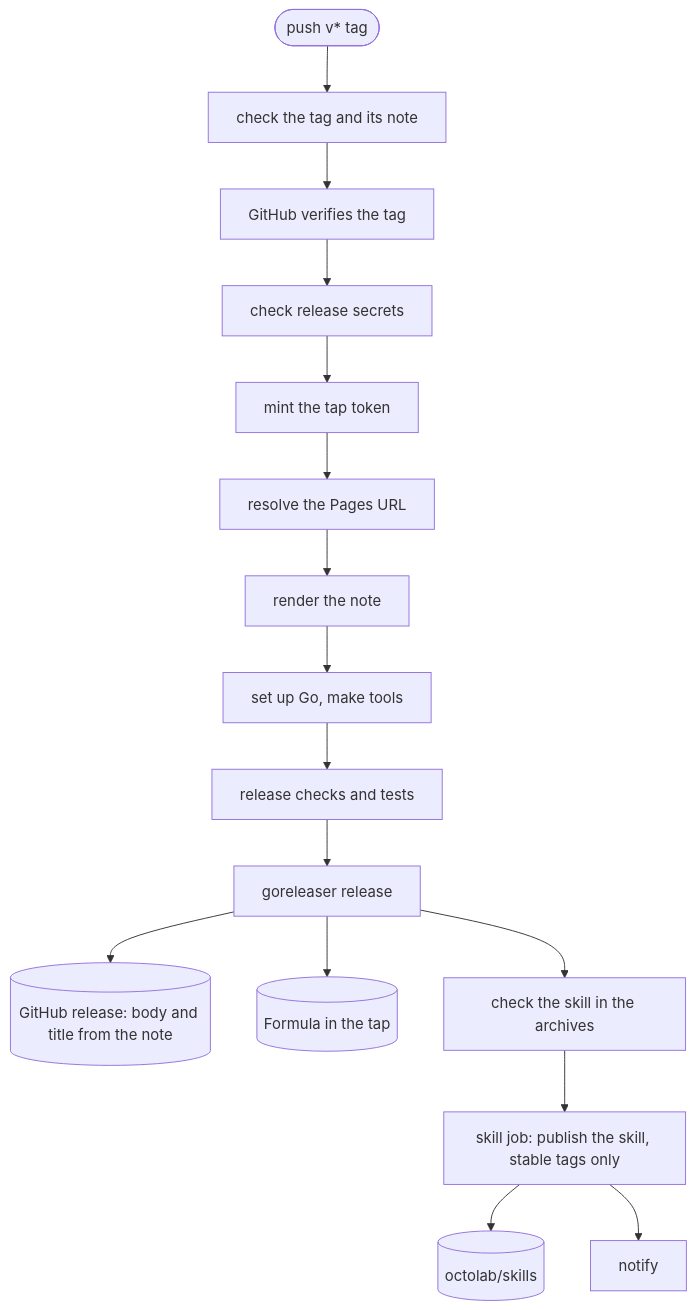
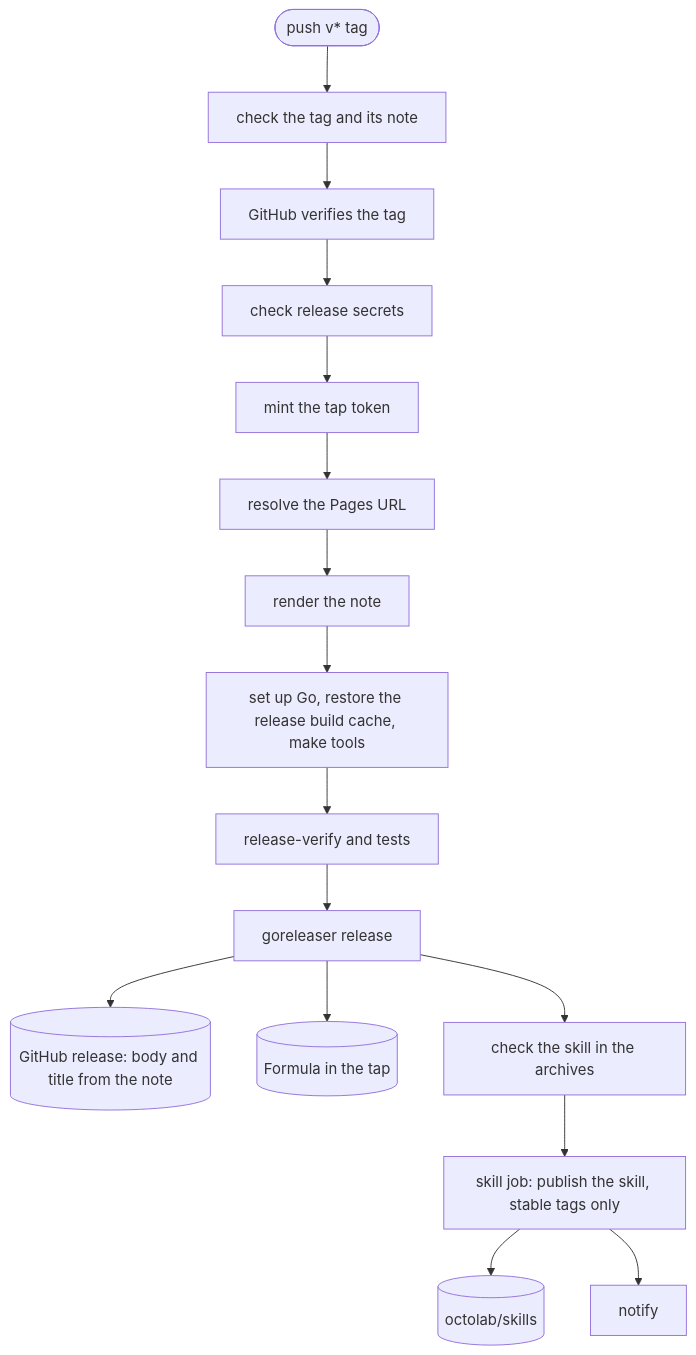
One commit to octopot/indexit changed the third of 10 diagrams in .github/workflows/README.md. Above: the diagram before and after it, drawn with Mermaid. The commit also changed other lines of this file and 3 other files, not shown here.

````diff
--- a/.github/workflows/README.md
+++ b/.github/workflows/README.md
@@ -81,10 +114,10 @@
 ```mermaid
 flowchart TB
   tag([push v* tag]) --> check[check the tag and its note] --> signature[GitHub verifies the tag] --> secrets[check release secrets] --> token[mint the tap token] --> pages[resolve the Pages URL] --> render[render the note]
-  render --> go[set up Go, make tools] --> test[release checks and tests] --> publish[goreleaser release]
+  render --> go[set up Go, restore the release build cache, make tools] --> test[release-verify and tests] --> publish[goreleaser release]
   publish --> release[(GitHub release: body and title from the note)]
   publish --> tap[(Formula in the tap)]
   publish --> archives[check the skill in the archives]
   archives --> skill[skill job: publish the skill, stable tags only] --> catalog[(octolab/skills)]
   skill --> notify[notify]
 ```
````
